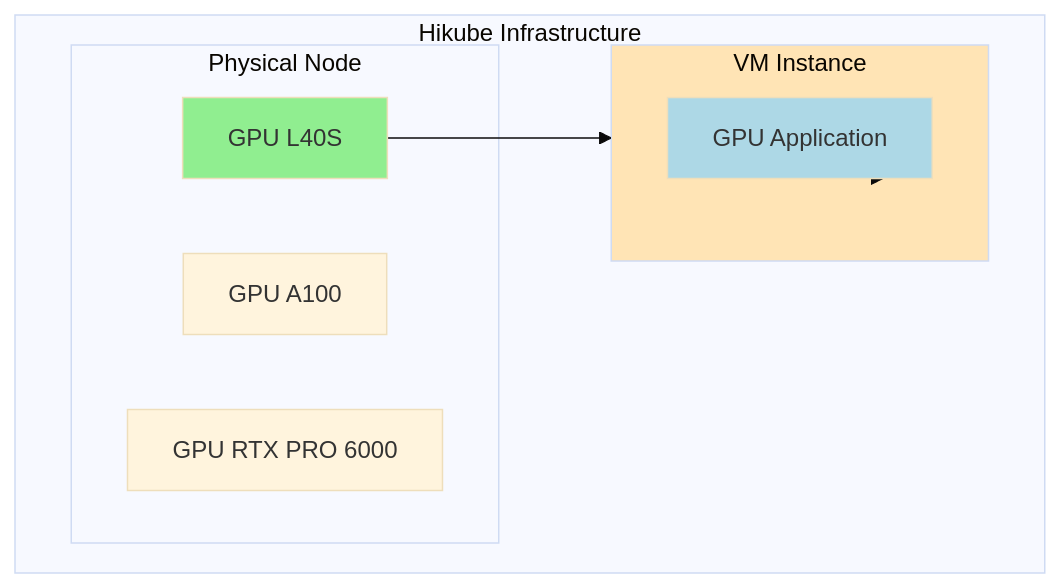
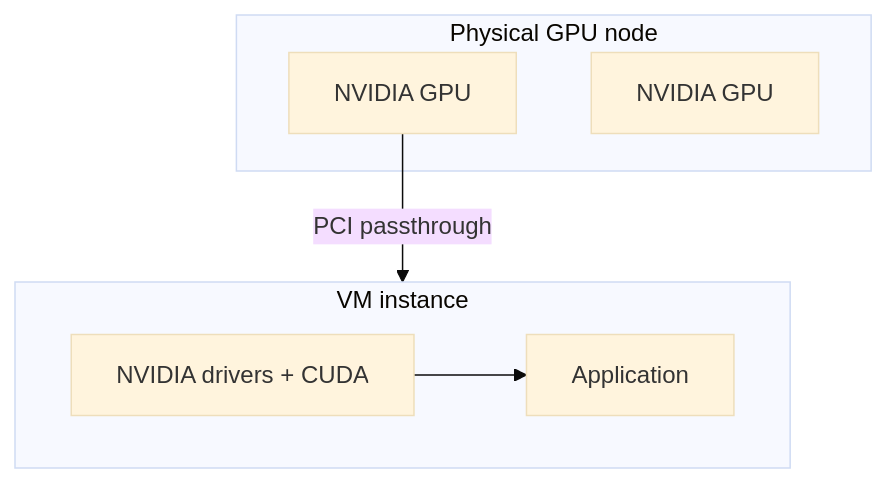
The first of 2 diagrams in i18n/en/docusaurus-plugin-content-docs/current/services/gpu/overview.md (HidoraSwiss/hikube-public-doc), drawn with Mermaid (base theme) before and after one commit. The commit also changed other lines of this file and 148 other files, not shown here.

````diff
--- a/i18n/en/docusaurus-plugin-content-docs/current/services/gpu/overview.md
+++ b/i18n/en/docusaurus-plugin-content-docs/current/services/gpu/overview.md
@@ -71,21 +59,15 @@
 ```mermaid
 flowchart TD
-    subgraph HIKUBE["Hikube Infrastructure"]
-        subgraph NODE["Physical Node"]
-            GPU1["GPU L40S"]
-            GPU2["GPU A100"]
-            GPU3["GPU RTX PRO 6000"]
-        end
-        
-        subgraph VM1["VM Instance"]
-            APP1["GPU Application"]
-        end
+    subgraph NODE["Physical GPU node"]
+        GPU1["NVIDIA GPU"]
+        GPU2["NVIDIA GPU"]
     end
-    
-    GPU1 --> VM1
-    VM1 --> APP1
-    
-    style GPU1 fill:#90EE90
-    style VM1 fill:#FFE4B5
-    style APP1 fill:#ADD8E6
+
+    subgraph VM1["VM instance"]
+        DRV["NVIDIA drivers + CUDA"]
+        APP1["Application"]
+    end
+
+    GPU1 -->|PCI passthrough| VM1
+    DRV --> APP1
 ```
````
